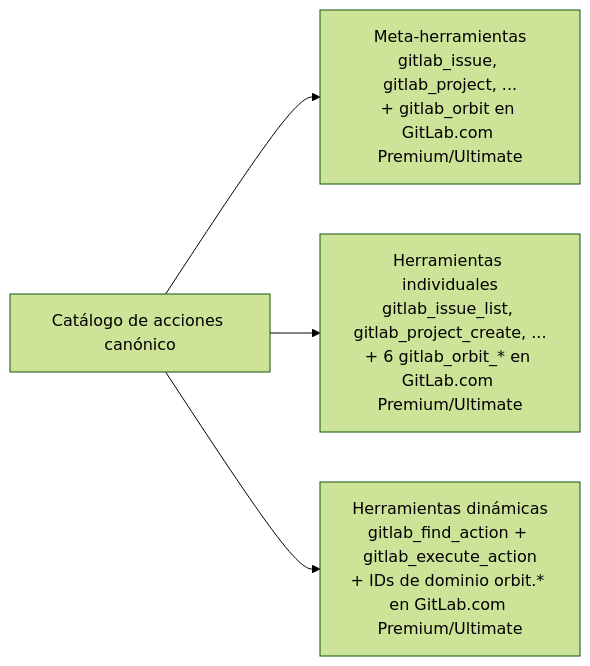
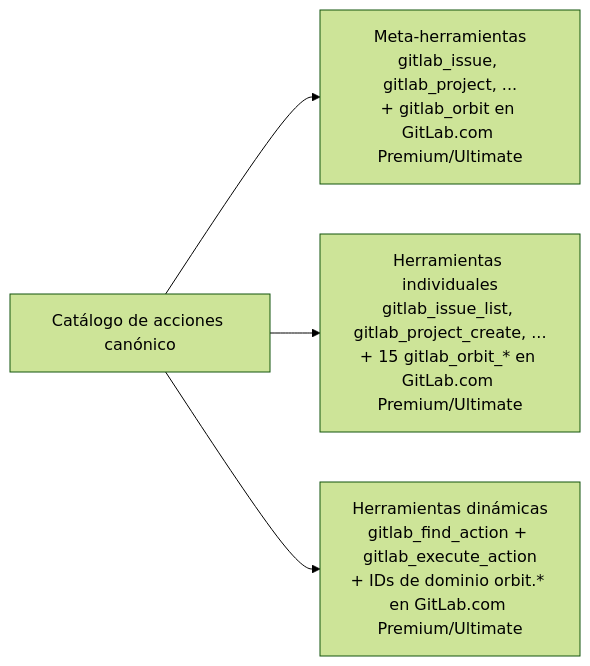
Before and after one commit to jmrplens/gitlab-mcp-server: the fourth of 6 diagrams in site/src/content/docs/es/architecture.mdx, drawn with Mermaid (forest theme). The commit also changed other lines of this file and 52 other files, not shown here.

````diff
--- a/site/src/content/docs/es/architecture.mdx
+++ b/site/src/content/docs/es/architecture.mdx
@@ -149,6 +149,6 @@
 ```mermaid
 graph LR
     catalog[Catálogo de acciones canónico] --> meta["Meta-herramientas<br/>gitlab_issue, gitlab_project, ...<br/>+ gitlab_orbit en GitLab.com Premium/Ultimate"]
-    catalog --> individual["Herramientas individuales<br/>gitlab_issue_list, gitlab_project_create, ...<br/>+ 6 gitlab_orbit_* en GitLab.com Premium/Ultimate"]
+    catalog --> individual["Herramientas individuales<br/>gitlab_issue_list, gitlab_project_create, ...<br/>+ 15 gitlab_orbit_* en GitLab.com Premium/Ultimate"]
     catalog --> dynamic["Herramientas dinámicas<br/>gitlab_find_action + gitlab_execute_action<br/>+ IDs de dominio orbit.* en GitLab.com Premium/Ultimate"]
 ```
````
